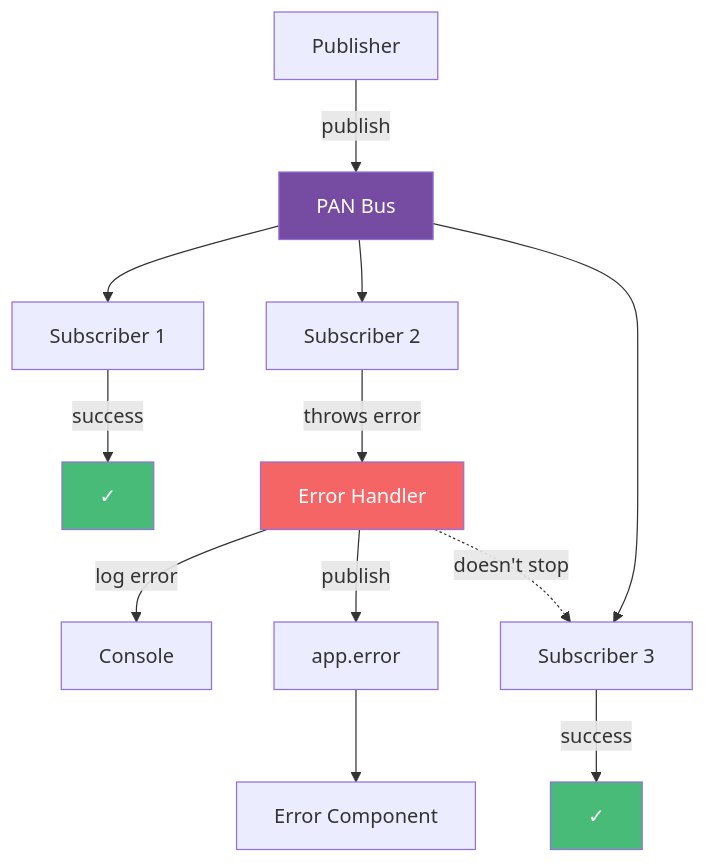
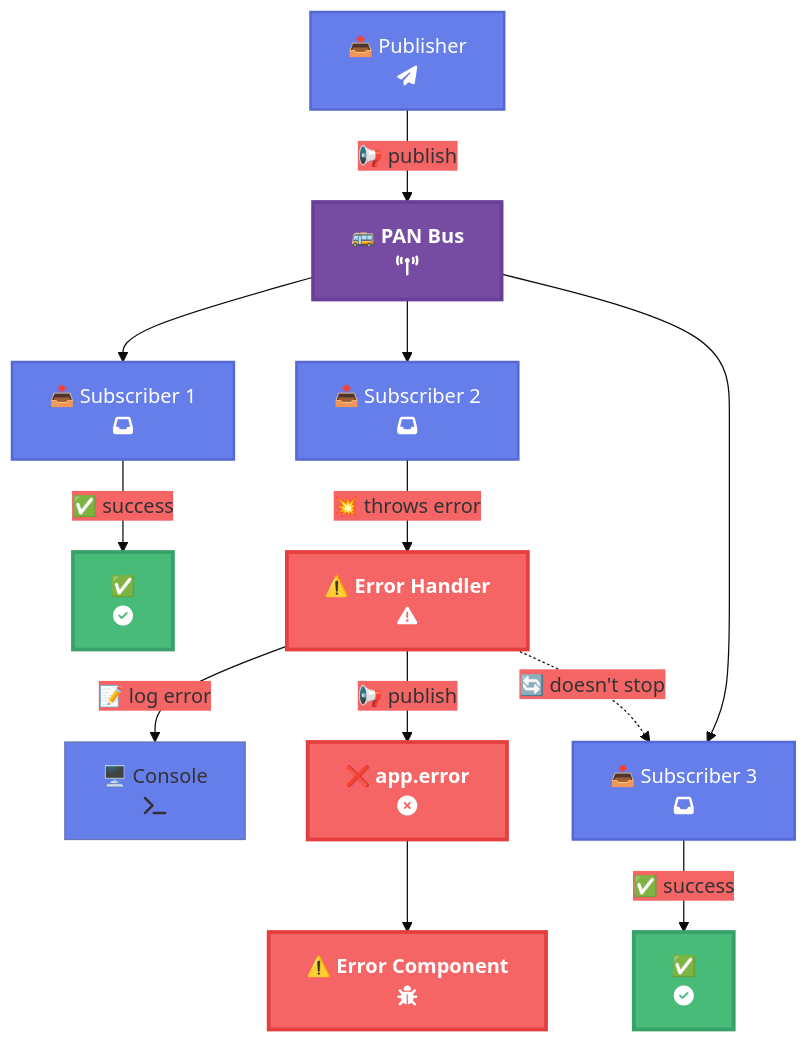
One commit to larcjs/larc changed the tenth of 10 diagrams in docs/books/learning-larc/diagrams/05-pan-bus.md. Above: the diagram before and after it, drawn with Mermaid. The commit also changed other lines of this file and 12 other files, not shown here.

First line of the commit message:
docs: expand Learning LARC chapters 11-19 into individual files and enhance diagrams

````diff
--- a/docs/books/learning-larc/diagrams/05-pan-bus.md
+++ b/docs/books/learning-larc/diagrams/05-pan-bus.md
@@ -339,27 +378,33 @@
 ```mermaid
+%%{init: {'theme':'base', 'themeVariables': { 'primaryColor':'#667eea','secondaryColor':'#f56565','tertiaryColor':'#48bb78'}}}%%
 graph TB
-    Publisher[Publisher]
-    PAN[PAN Bus]
+    Publisher["📤 Publisher<br/>fa:fa-paper-plane"]
+    PAN["🚌 PAN Bus<br/>fa:fa-broadcast-tower"]
 
-    Publisher -->|publish| PAN
+    Publisher -->|📢 publish| PAN
 
-    PAN --> S1[Subscriber 1]
-    PAN --> S2[Subscriber 2]
-    PAN --> S3[Subscriber 3]
+    PAN --> S1["📥 Subscriber 1<br/>fa:fa-inbox"]
+    PAN --> S2["📥 Subscriber 2<br/>fa:fa-inbox"]
+    PAN --> S3["📥 Subscriber 3<br/>fa:fa-inbox"]
 
-    S1 -->|success| End1[✓]
-    S2 -->|throws error| Error[Error Handler]
-    S3 -->|success| End3[✓]
+    S1 -->|✅ success| End1["✅<br/>fa:fa-check-circle"]
+    S2 -->|💥 throws error| Error["⚠️ Error Handler<br/>fa:fa-exclamation-triangle"]
+    S3 -->|✅ success| End3["✅<br/>fa:fa-check-circle"]
 
-    Error -->|log error| Console[Console]
-    Error -->|publish| ErrorTopic[app.error]
+    Error -->|📝 log error| Console["🖥️ Console<br/>fa:fa-terminal"]
+    Error -->|📢 publish| ErrorTopic["❌ app.error<br/>fa:fa-times-circle"]
 
-    ErrorTopic --> ErrorHandler[Error Component]
+    ErrorTopic --> ErrorHandler["⚠️ Error Component<br/>fa:fa-bug"]
 
-    Error -.doesn't stop.-> S3
+    Error -.🔄 doesn't stop.-> S3
 
-    style Error fill:#f56565,color:#fff
-    style PAN fill:#764ba2,color:#fff
-    style End1 fill:#48bb78,color:#fff
-    style End3 fill:#48bb78,color:#fff
+    classDef success fill:#48bb78,stroke:#38a169,stroke-width:3px,color:#fff,font-weight:bold
+    classDef error fill:#f56565,stroke:#e53e3e,stroke-width:3px,color:#fff,font-weight:bold
+    classDef pan fill:#764ba2,stroke:#6a3f99,stroke-width:3px,color:#fff,font-weight:bold
+    classDef neutral fill:#667eea,stroke:#5568d3,stroke-width:2px,color:#fff
+
+    class End1,End3 success
+    class Error,ErrorTopic,ErrorHandler error
+    class PAN pan
+    class Publisher,S1,S2,S3 neutral
 ```
````
